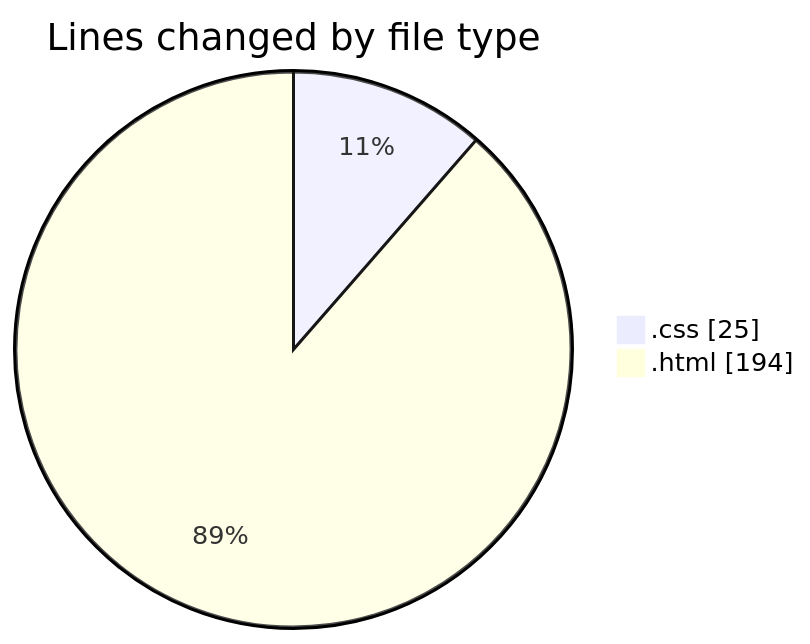
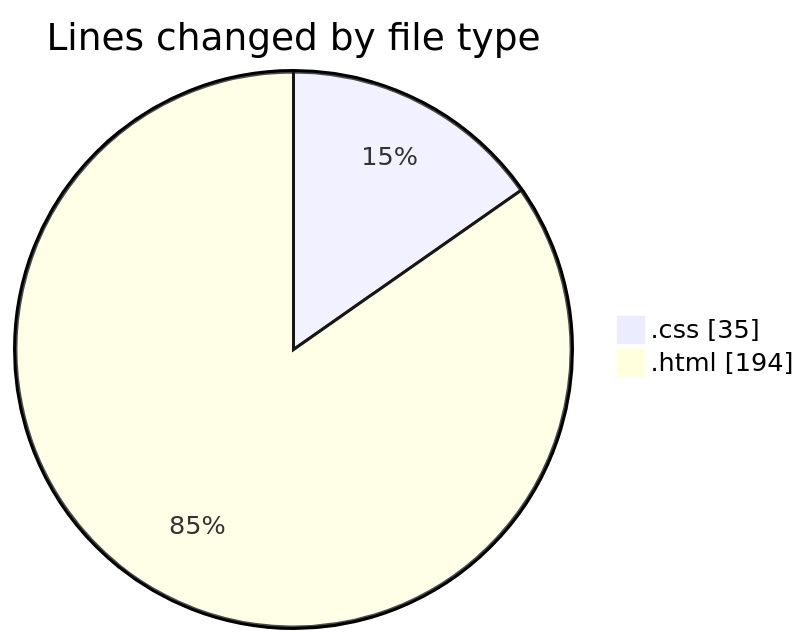
The first of 2 diagrams in 2025-02-04/recipe-page-main/README.md (NitaiMahat/code-tracking), drawn with Mermaid before and after one commit. The commit also changed other lines of this file and 1 other file, not shown here.

````diff
--- a/2025-02-04/recipe-page-main/README.md
+++ b/2025-02-04/recipe-page-main/README.md
@@ -21,6 +21,6 @@
 ```mermaid
 pie showData
 title Lines changed by file type
-".css" : 25
+".css" : 35
 ".html" : 194
 ```
````
